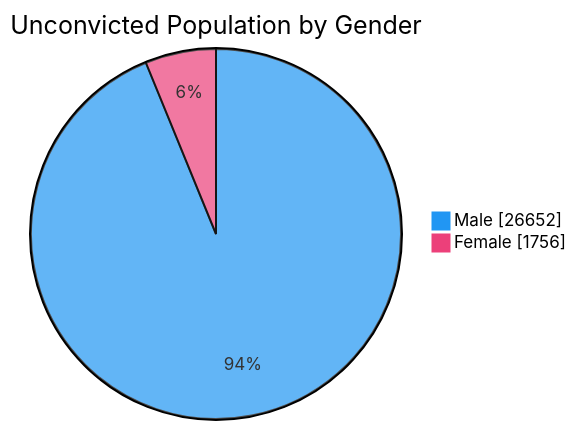
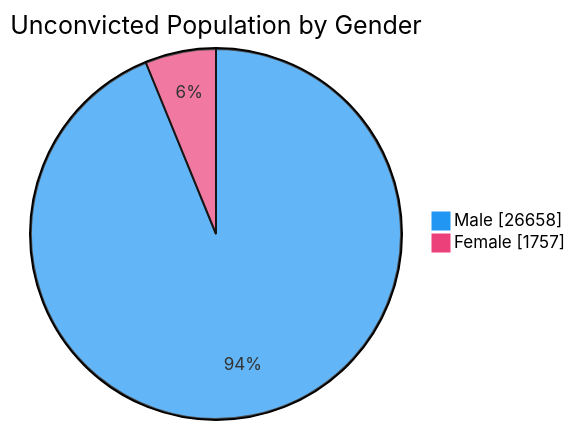
The fourth of 7 diagrams in README.md (nuuuwan/lk_prisons), drawn with Mermaid before and after one commit. The commit also changed other lines of this file and 1 other file, not shown here.

````diff
--- a/README.md
+++ b/README.md
@@ -76,6 +76,6 @@
 ```mermaid
 %%{init: {'themeVariables': {'pie1': '#2196F3', 'pie2': '#EC407A'}}}%%
 pie showData title Unconvicted Population by Gender
-    "Male" : 26652
-    "Female" : 1756
+    "Male" : 26658
+    "Female" : 1757
 ```
````
